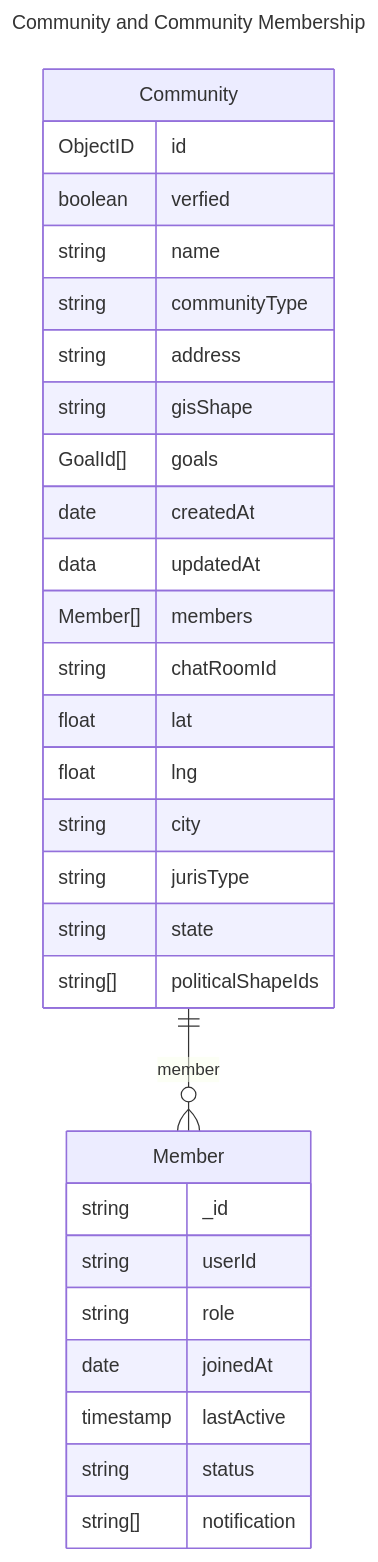
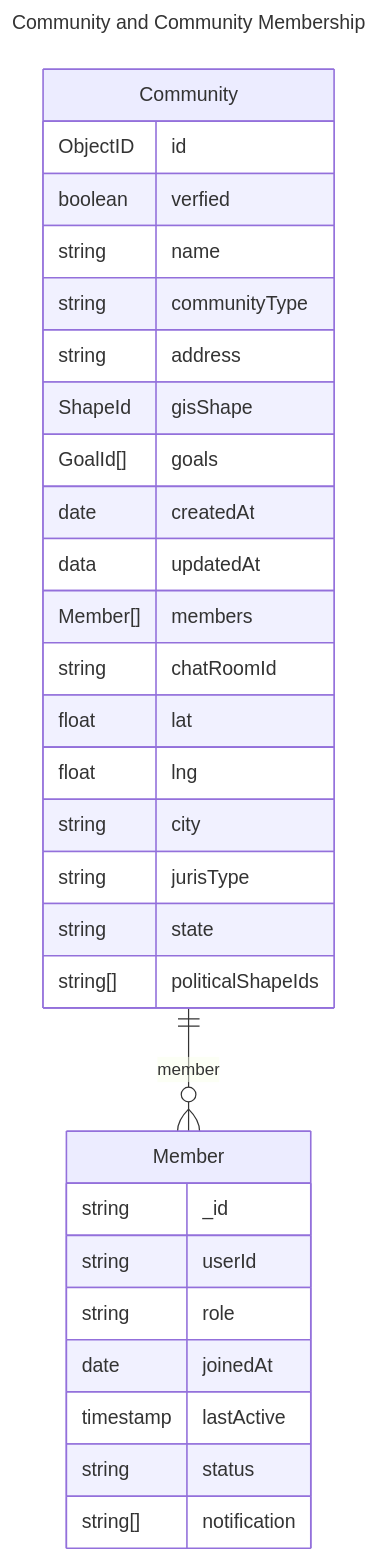
One commit to UXlySoftware/CIVA-Solution-Architecture changed the first of 5 diagrams in diagrams/erd-community.md. Above: the diagram before and after it, drawn with Mermaid. The commit also changed other lines of this file and 7 other files, not shown here.

````diff
--- a/diagrams/erd-community.md
+++ b/diagrams/erd-community.md
@@ -12,39 +12,40 @@
 ```mermaid
 ---
 title: Community and Community Membership
 ---
 erDiagram
 
     Community {
         ObjectID id
         boolean verfied
         string name
         string communityType
         string address
-        string gisShape
+        ShapeId gisShape
         GoalId[] goals
         date createdAt
         data updatedAt
         Member[] members
         string chatRoomId
         float lat
         float lng
         string city
         string jurisType
         string state
         string[] politicalShapeIds
     }
 
     Member {
         string _id
         string userId
         string role
         date joinedAt
         timestamp lastActive
         string status
         string[] notification
     }
 
+
     Community 1--0+ Member: member
 
 ```
````
